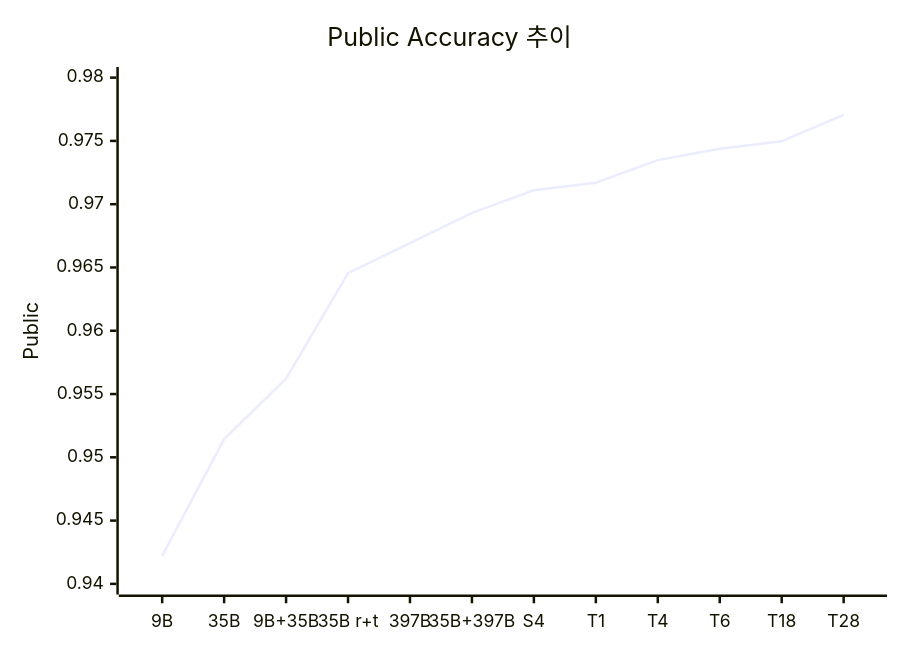
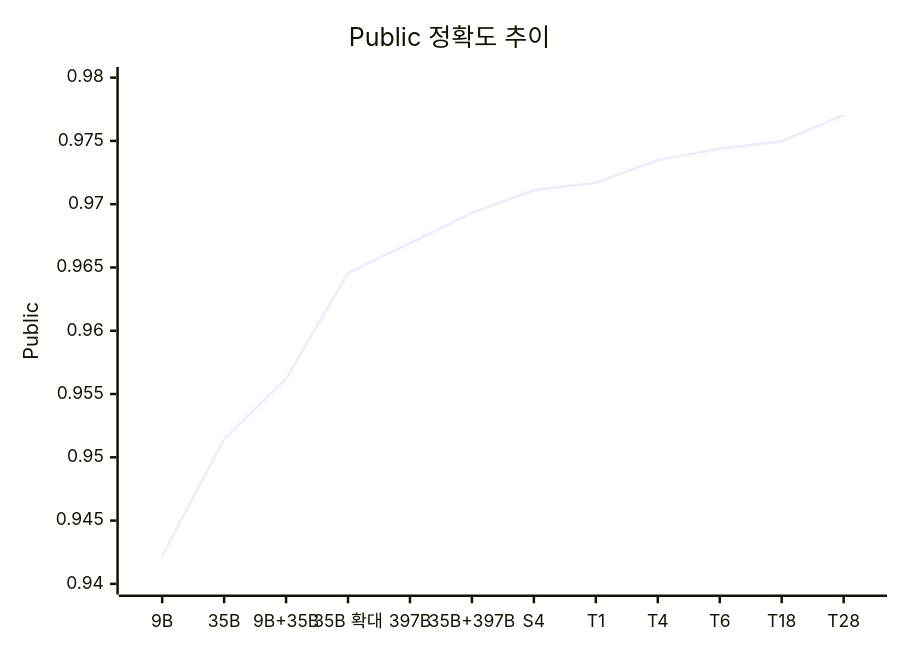
One commit to Jkim1647/ssafy16-ai-challenge-2 changed the second of 2 diagrams in README.md. Above: the diagram before and after it, drawn with Mermaid. The commit also changed other lines of this file, not shown here.

````diff
--- a/README.md
+++ b/README.md
@@ -260,7 +151,7 @@
 ```mermaid
 xychart-beta
-    title "Public Accuracy 추이"
-    x-axis ["9B", "35B", "9B+35B", "35B r+t", "397B", "35B+397B", "S4", "T1", "T4", "T6", "T18", "T28"]
+    title "Public 정확도 추이"
+    x-axis ["9B", "35B", "9B+35B", "35B 확대", "397B", "35B+397B", "S4", "T1", "T4", "T6", "T18", "T28"]
     y-axis "Public" 0.94 --> 0.98
     line [0.94221, 0.95144, 0.95621, 0.96455, 0.96693, 0.96931, 0.97110, 0.97170, 0.97348, 0.97438, 0.97497, 0.97706]
 ```
````
